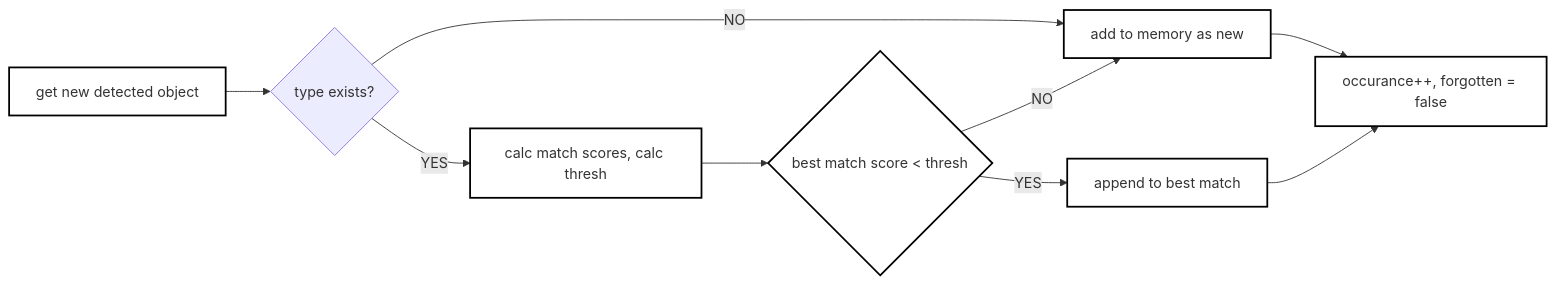
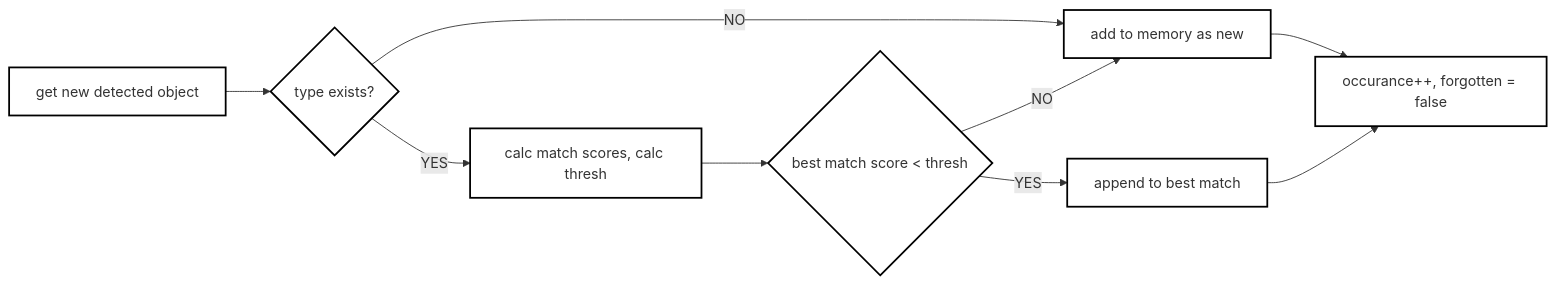
The first of 5 diagrams in README.md (Extended-Object-Detection-ROS/object_spatial_tools_ros), drawn with Mermaid before and after one commit. The commit also changed other lines of this file, not shown here.

````diff
--- a/README.md
+++ b/README.md
@@ -16,13 +16,13 @@
 ```mermaid
 graph LR
     classDef box fill:#FFFFFF, stroke:#000, stroke-width:2px;
 
-    A[get new detected object]:::box --> B{type exists?}
+    A[get new detected object]:::box --> B{type exists?}:::box
     B --> |NO|C[add to memory as new]:::box
     C --> J[occurance++, forgotten = false]:::box
     B --> |YES|D[calc match scores, calc thresh]:::box
     D --> E{best match score < thresh}:::box
     E --> |NO|C:::box
     E --> |YES|I[append to best match]:::box
     I --> J:::box
 ```
````
